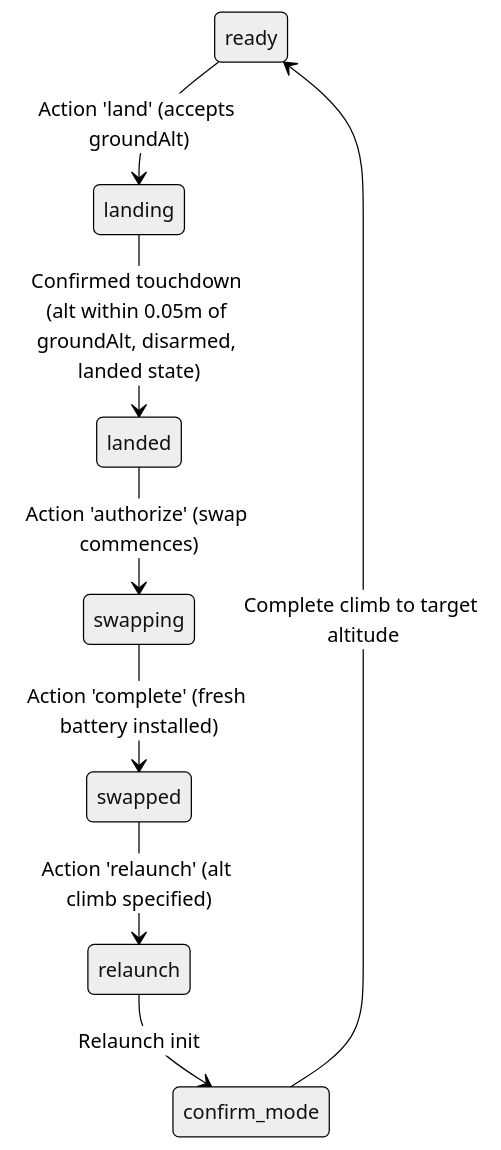
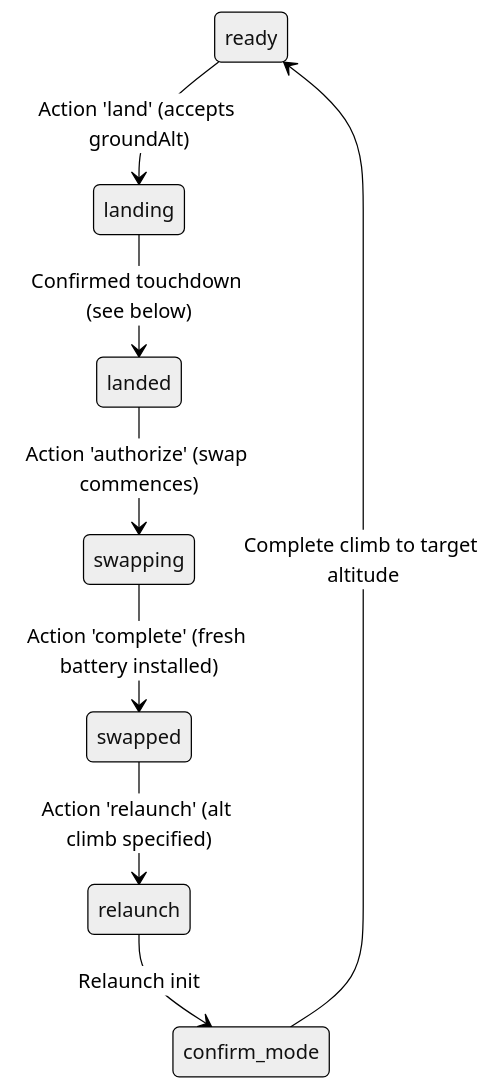
The second of 3 diagrams in docs/PROTOCOL.md (Dalailalama/drone-swarm-relay-sim), drawn with Mermaid (neutral theme) before and after one commit. The commit also changed other lines of this file and 2 other files, not shown here.

````diff
--- a/docs/PROTOCOL.md
+++ b/docs/PROTOCOL.md
@@ -207,10 +223,10 @@
 ```mermaid
 stateDiagram-v2
     ready --> landing: Action 'land' (accepts groundAlt)
-    landing --> landed: Confirmed touchdown (alt within 0.05m of groundAlt, disarmed, landed state)
+    landing --> landed: Confirmed touchdown (see below)
     landed --> swapping: Action 'authorize' (swap commences)
     swapping --> swapped: Action 'complete' (fresh battery installed)
     swapped --> relaunch: Action 'relaunch' (alt climb specified)
     relaunch --> confirm_mode: Relaunch init
     confirm_mode --> ready: Complete climb to target altitude
 ```
````
